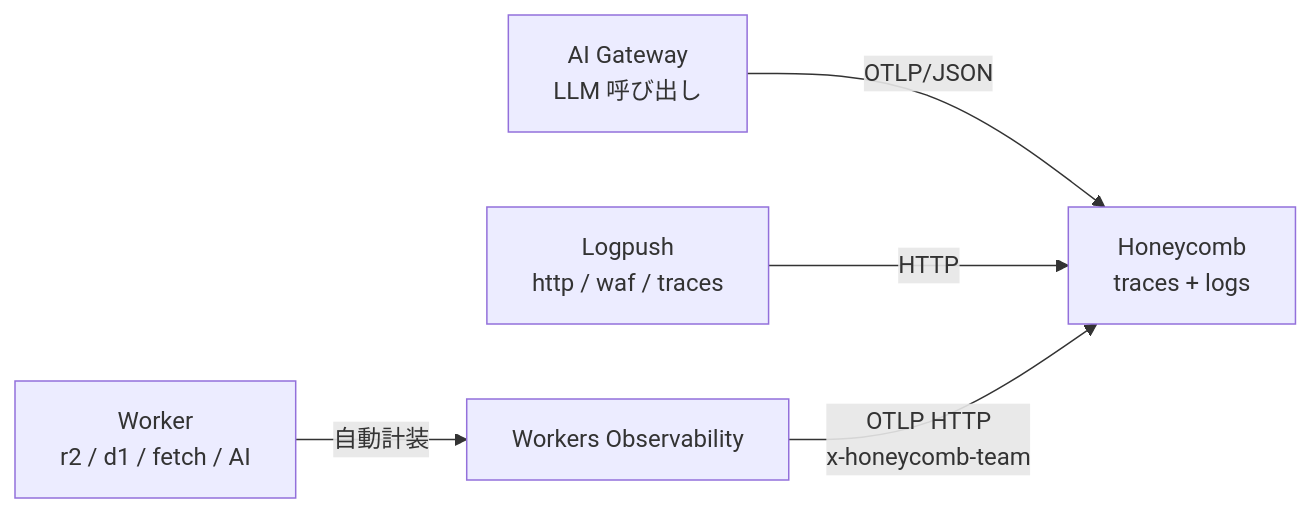
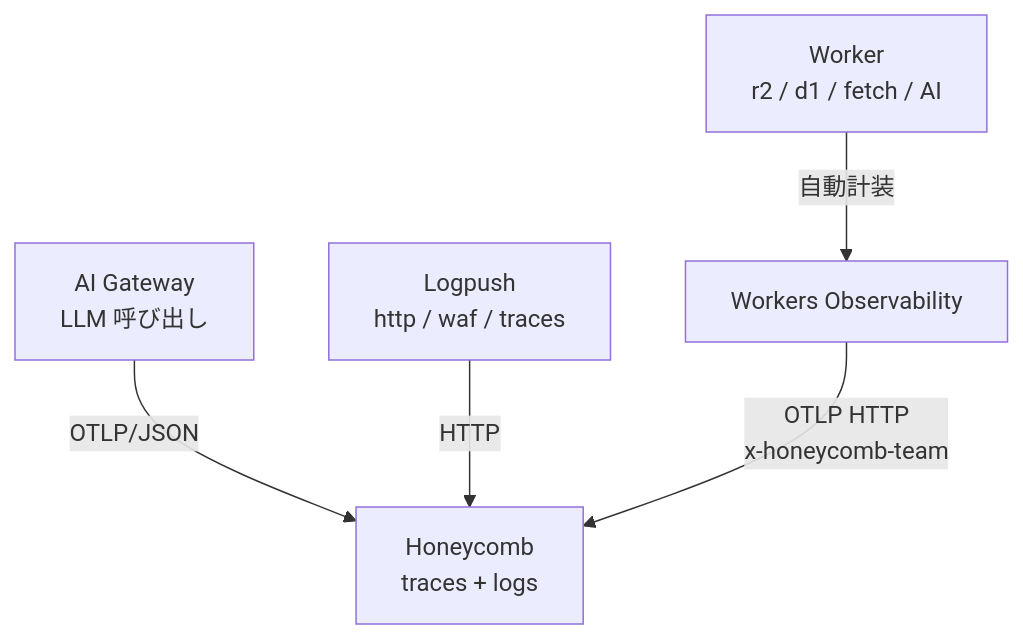
Before and after one commit to ta93abe/slides: the diagram in contents/cloudflare-data-platform/pages/observability.md, drawn with Mermaid. The commit also changed other lines of this file, not shown here.

````diff
--- a/contents/cloudflare-data-platform/pages/observability.md
+++ b/contents/cloudflare-data-platform/pages/observability.md
@@ -268,7 +284,7 @@
 ```mermaid
-flowchart LR
+flowchart TB
     W["Worker<br/>r2 / d1 / fetch / AI"] -->|自動計装| WO["Workers Observability"]
     AIG["AI Gateway<br/>LLM 呼び出し"] -->|OTLP/JSON| HC
     LP["Logpush<br/>http / waf / traces"] -->|HTTP| HC
     WO -->|OTLP HTTP<br/>x-honeycomb-team| HC["Honeycomb<br/>traces + logs"]
 ```
````
